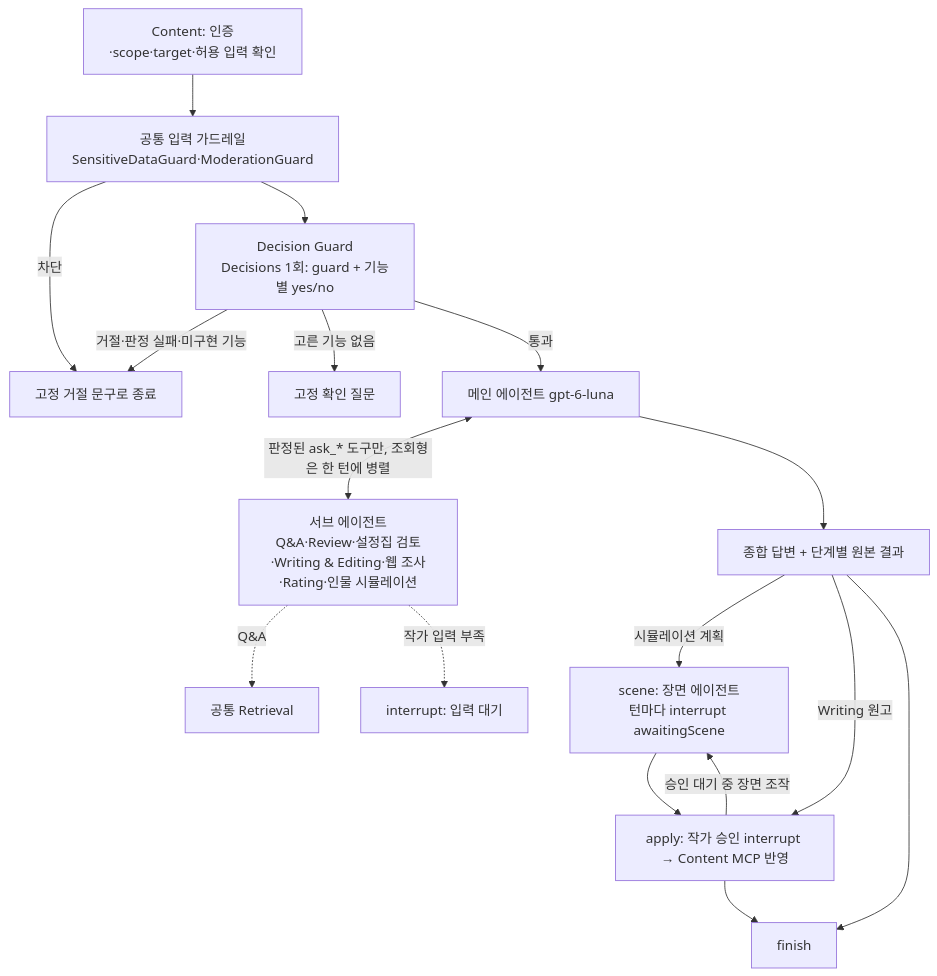
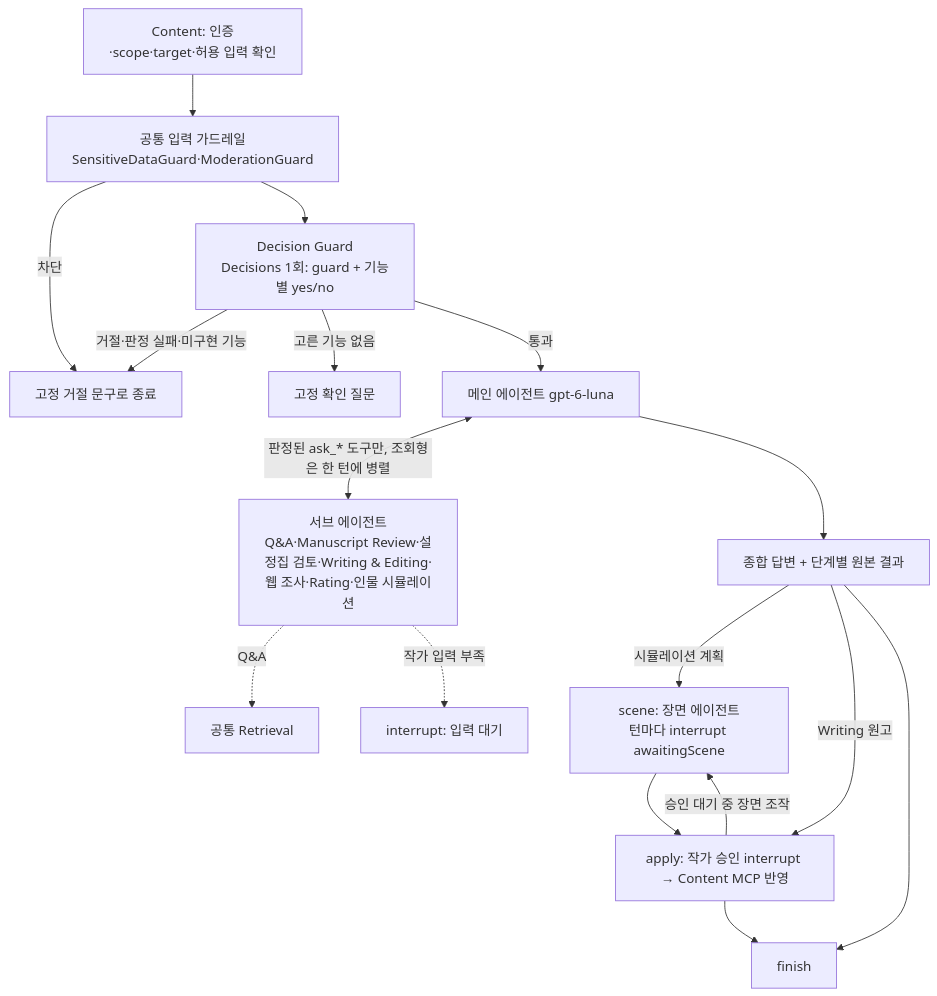
Before and after one commit to SKNETWORKS-FAMILY-AICAMP/SKN34-FINAL-4TEAM: the second of 2 diagrams in docs/writing-ai-architecture/02-ai-architecture.md, drawn with Mermaid. The commit also changed other lines of this file and 8 other files, not shown here.

```diff
--- a/docs/writing-ai-architecture/02-ai-architecture.md
+++ b/docs/writing-ai-architecture/02-ai-architecture.md
@@ -55,19 +55,19 @@
 ~~~mermaid
 flowchart TD
   C[Content: 인증·scope·target·허용 입력 확인] --> G0[공통 입력 가드레일<br/>SensitiveDataGuard·ModerationGuard]
   G0 -->|차단| R[고정 거절 문구로 종료]
   G0 --> G1[Decision Guard<br/>Decisions 1회: guard + 기능별 yes/no]
   G1 -->|거절·판정 실패·미구현 기능| R
   G1 -->|고른 기능 없음| Q[고정 확인 질문]
   G1 -->|통과| M[메인 에이전트 gpt-6-luna]
-  M <-->|판정된 ask_* 도구만, 조회형은 한 턴에 병렬| S[서브 에이전트<br/>Q&A·Review·설정집 검토·Writing & Editing·웹 조사·Rating·인물 시뮬레이션]
+  M <-->|판정된 ask_* 도구만, 조회형은 한 턴에 병렬| S[서브 에이전트<br/>Q&A·Manuscript Review·설정집 검토·Writing & Editing·웹 조사·Rating·인물 시뮬레이션]
   S -.->|Q&A| RT[공통 Retrieval]
   S -.->|작가 입력 부족| W[interrupt: 입력 대기]
   M --> F[종합 답변 + 단계별 원본 결과]
   F -->|시뮬레이션 계획| SC[scene: 장면 에이전트<br/>턴마다 interrupt awaitingScene]
   SC --> A
   F -->|Writing 원고| A[apply: 작가 승인 interrupt → Content MCP 반영]
   A -->|승인 대기 중 장면 조작| SC
   F --> E[finish]
   A --> E
 ~~~
```
